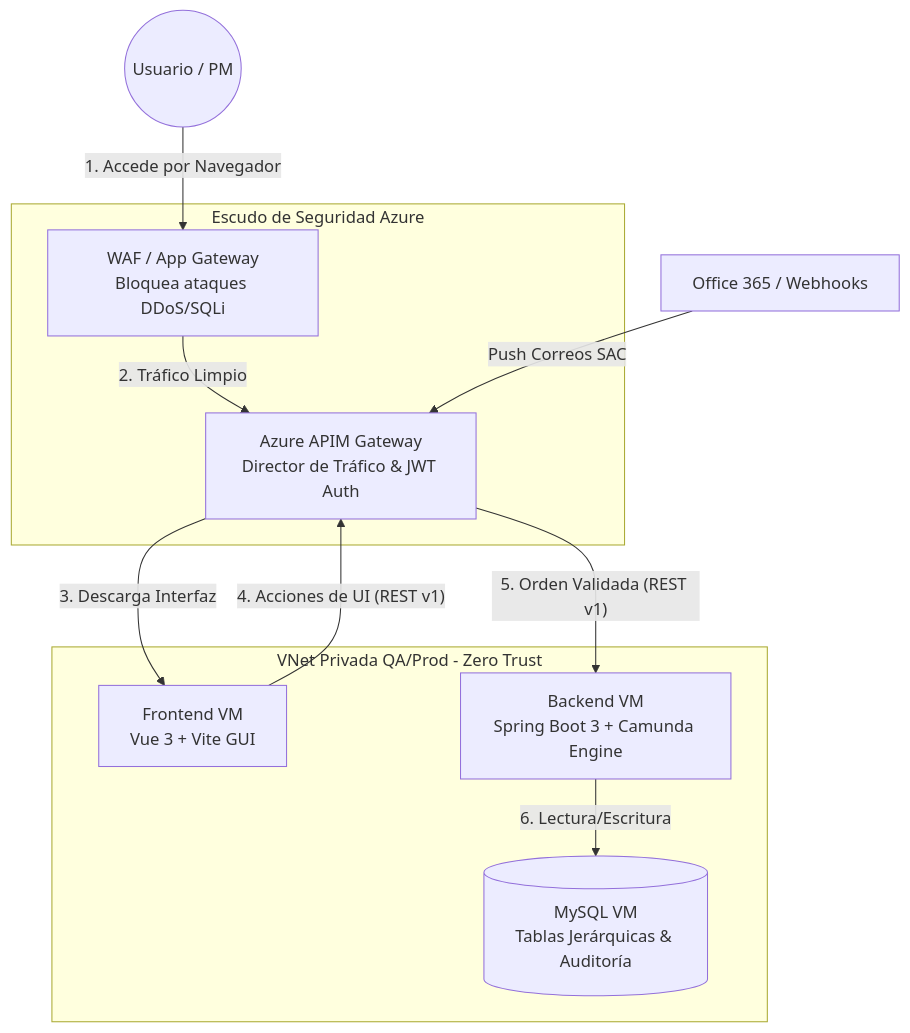
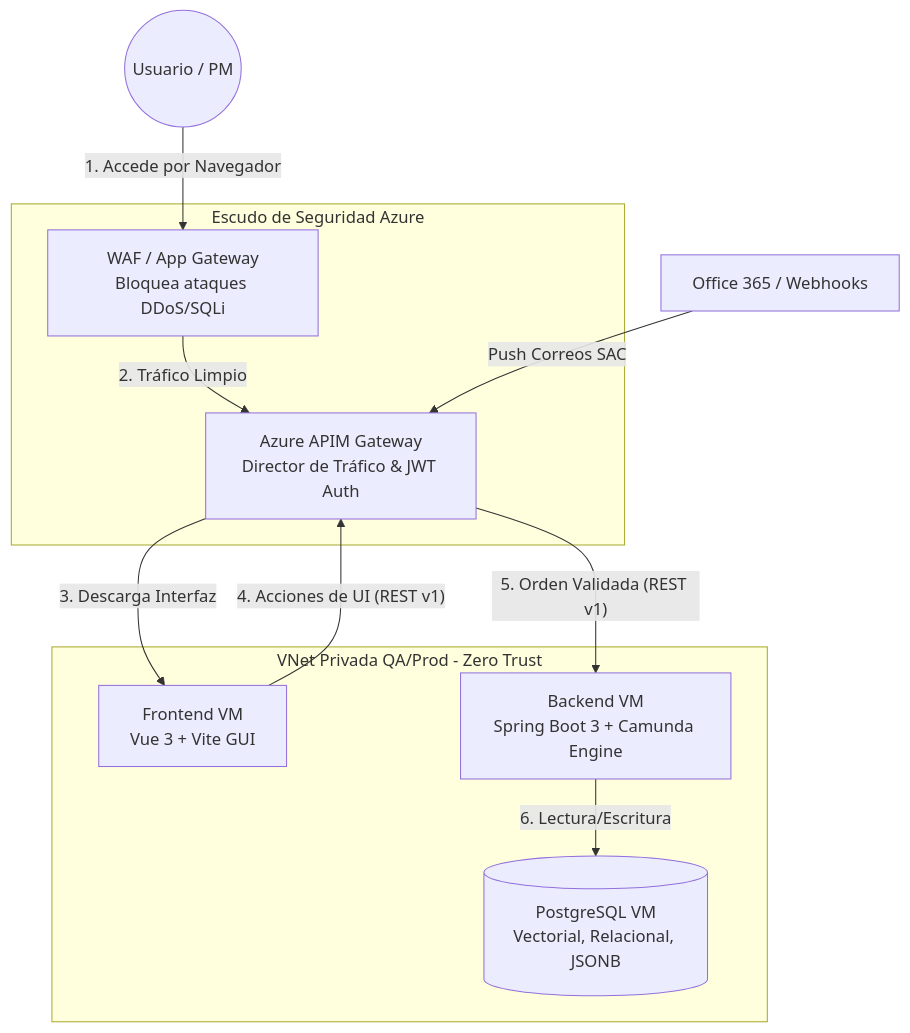
One commit to haroldklag85/ibpms-platform changed the first of 5 diagrams in docs/architecture/implementation_plan.md. Above: the diagram before and after it, drawn with Mermaid. The commit also changed other lines of this file and 46 other files, not shown here.

Commit message:
refactor: migrate database to PostgreSQL and implement AI Knowledge Vector DB

````diff
--- a/docs/architecture/implementation_plan.md
+++ b/docs/architecture/implementation_plan.md
@@ -25,32 +25,32 @@
 ```mermaid
 graph TD
     %% EXTERNAL ENTITIES
     User((Usuario / PM))
     O365[Office 365 / Webhooks]
     
     %% SECURITY PERIMETER
     subgraph Perimeter [Escudo de Seguridad Azure]
         WAF[WAF / App Gateway<br/>Bloquea ataques DDoS/SQLi]
         APIM[Azure APIM Gateway<br/>Director de Tráfico & JWT Auth]
     end
 
     %% PRIVATE NETWORK
     subgraph VNet [VNet Privada QA/Prod - Zero Trust]
         FE[Frontend VM<br/>Vue 3 + Vite GUI]
         BE[Backend VM<br/>Spring Boot 3 + Camunda Engine]
-        DB[(MySQL VM<br/>Tablas Jerárquicas & Auditoría)]
+        DB[(PostgreSQL VM<br/>Vectorial, Relacional, JSONB)]
     end
 
     %% TRAFFIC FLOW (USER)
     User -- "1. Accede por Navegador" --> WAF
     WAF -- "2. Tráfico Limpio" --> APIM
     APIM -- "3. Descarga Interfaz" --> FE
     
     %% TRAFFIC FLOW (APP EXECUTION)
     FE -- "4. Acciones de UI (REST v1)" --> APIM
     APIM -- "5. Orden Validada (REST v1)" --> BE
     BE -- "6. Lectura/Escritura" --> DB
     
     %% TRAFFIC FLOW (INTEGRATIONS)
     O365 -- "Push Correos SAC" --> APIM
 ```
````
